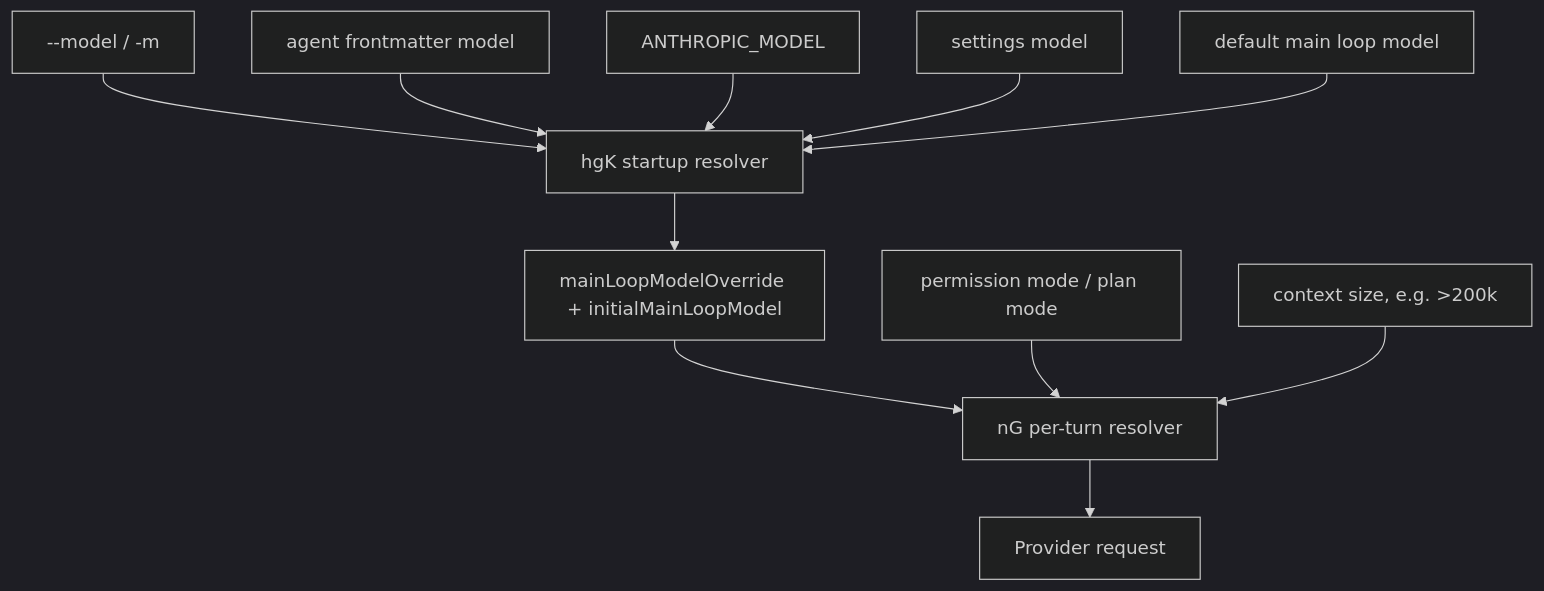
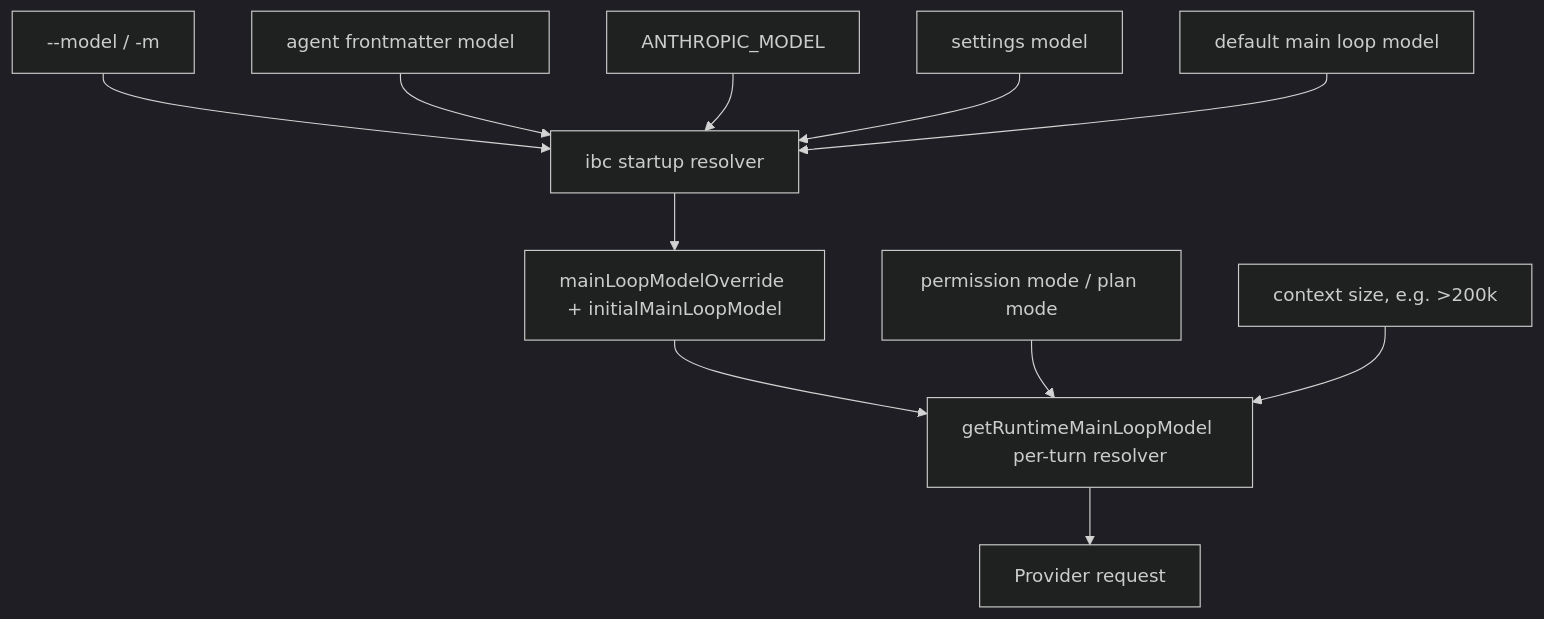
The first of 2 diagrams in docs/02-context-model-loop/model-selection-usage-quota-billing.md (vibewatch/claude-code-internals), drawn with Mermaid (dark theme) before and after one commit. The commit also changed other lines of this file and 46 other files, not shown here.

````diff
--- a/docs/02-context-model-loop/model-selection-usage-quota-billing.md
+++ b/docs/02-context-model-loop/model-selection-usage-quota-billing.md
@@ -57,13 +57,13 @@
 ```mermaid
 flowchart TD
-    CLI[--model / -m] --> Startup[hgK startup resolver]
+    CLI[--model / -m] --> Startup[ibc startup resolver]
     AgentFrontmatter[agent frontmatter model] --> Startup
     Env[ANTHROPIC_MODEL] --> Startup
     Settings[settings model] --> Startup
     Default[default main loop model] --> Startup
     Startup --> State[mainLoopModelOverride + initialMainLoopModel]
-    State --> Turn[nG per-turn resolver]
+    State --> Turn[getRuntimeMainLoopModel per-turn resolver]
     Permission[permission mode / plan mode] --> Turn
     Context[context size, e.g. >200k] --> Turn
     Turn --> Request[Provider request]
 ```
````
